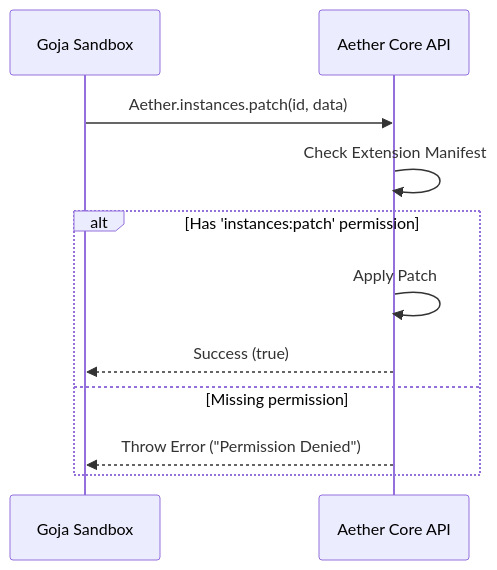
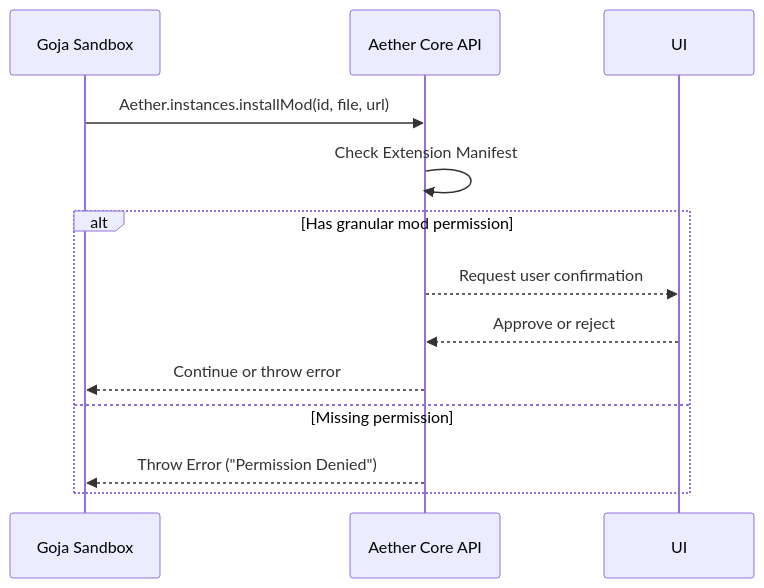
Before and after one commit to wayback09/Aether: the second of 2 diagrams in docs/ARCHITECTURE.md, drawn with Mermaid. The commit also changed other lines of this file and 39 other files, not shown here.

````diff
--- a/docs/ARCHITECTURE.md
+++ b/docs/ARCHITECTURE.md
@@ -59,15 +57,16 @@
 ```mermaid
 sequenceDiagram
     participant Sandbox as Goja Sandbox
     participant API as Aether Core API
     
-    Sandbox->>API: Aether.instances.patch(id, data)
+    Sandbox->>API: Aether.instances.installMod(id, file, url)
     API->>API: Check Extension Manifest
     
-    alt Has 'instances:patch' permission
-        API->>API: Apply Patch
-        API-->>Sandbox: Success (true)
+    alt Has granular mod permission
+        API-->>UI: Request user confirmation
+        UI-->>API: Approve or reject
+        API-->>Sandbox: Continue or throw error
     else Missing permission
         API-->>Sandbox: Throw Error ("Permission Denied")
     end
 ```
````
